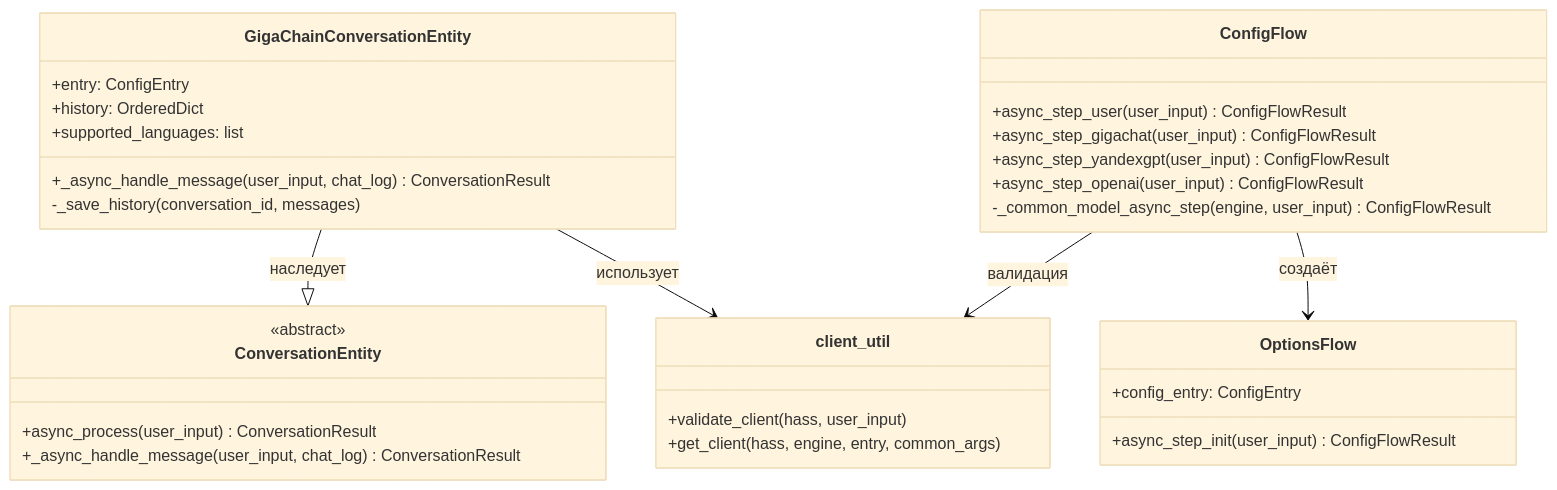
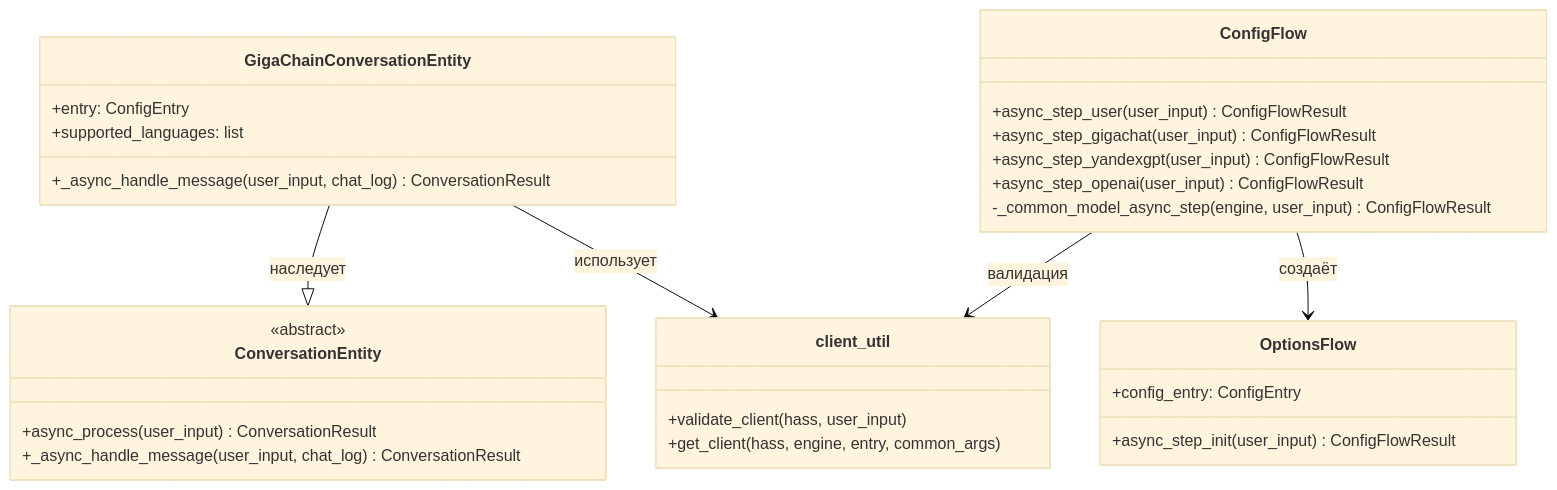
One commit to dzerik/ha-smartchain changed the second of 4 diagrams in docs/DOCUMENTATION.md. Above: the diagram before and after it, drawn with Mermaid (base theme). The commit also changed other lines of this file and 11 other files, not shown here.

````diff
--- a/docs/DOCUMENTATION.md
+++ b/docs/DOCUMENTATION.md
@@ -56,39 +54,37 @@
 ```mermaid
 classDiagram
     class GigaChainConversationEntity {
         +entry: ConfigEntry
-        +history: OrderedDict
         +supported_languages: list
         +_async_handle_message(user_input, chat_log) ConversationResult
-        -_save_history(conversation_id, messages)
     }
 
     class ConversationEntity {
         <<abstract>>
         +async_process(user_input) ConversationResult
         +_async_handle_message(user_input, chat_log) ConversationResult
     }
 
     class ConfigFlow {
         +async_step_user(user_input) ConfigFlowResult
         +async_step_gigachat(user_input) ConfigFlowResult
         +async_step_yandexgpt(user_input) ConfigFlowResult
         +async_step_openai(user_input) ConfigFlowResult
         -_common_model_async_step(engine, user_input) ConfigFlowResult
     }
 
     class OptionsFlow {
         +config_entry: ConfigEntry
         +async_step_init(user_input) ConfigFlowResult
     }
 
     class client_util {
         +validate_client(hass, user_input)
         +get_client(hass, engine, entry, common_args)
     }
 
     GigaChainConversationEntity --|> ConversationEntity : наследует
     GigaChainConversationEntity --> client_util : использует
     ConfigFlow --> client_util : валидация
     ConfigFlow --> OptionsFlow : создаёт
 ```
````
